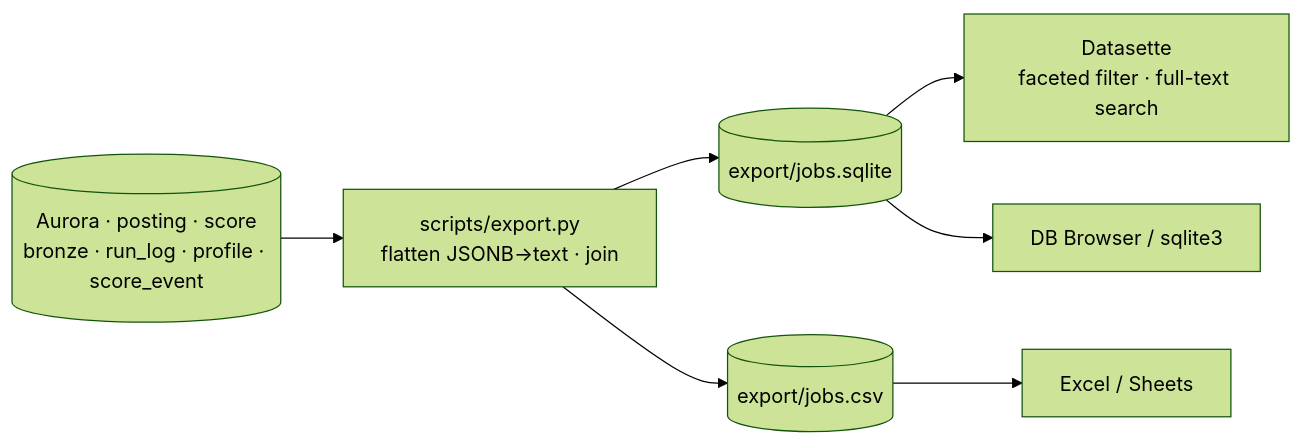
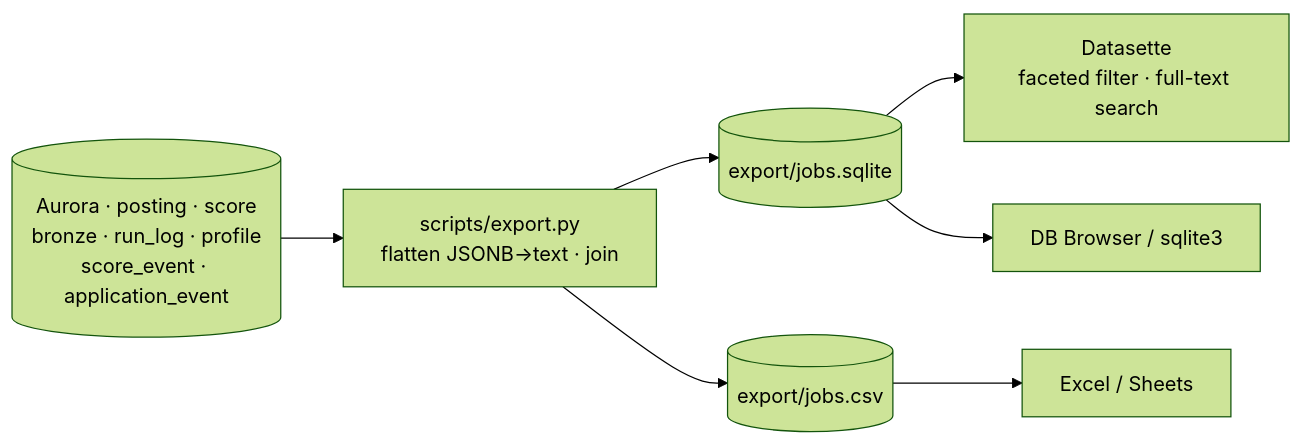
One commit to tarigelamin1997/jobfetcher changed the eighth of 8 diagrams in docs/diagrams.md. Above: the diagram before and after it, drawn with Mermaid (forest theme). The commit also changed 22 other files, not shown here.

First line of the commit message:
feat(tracking): application-outcome events + human score overrides (Squad Run 2) (#25)

````diff
--- a/docs/diagrams.md
+++ b/docs/diagrams.md
@@ -242,9 +242,9 @@
 ```mermaid
 flowchart LR
-  PG[("Aurora · posting · score<br/>bronze · run_log · profile · score_event")] --> EX["scripts/export.py<br/>flatten JSONB→text · join"]
+  PG[("Aurora · posting · score<br/>bronze · run_log · profile<br/>score_event · application_event")] --> EX["scripts/export.py<br/>flatten JSONB→text · join"]
   EX --> SQ[("export/jobs.sqlite")]
   EX --> CSV[("export/jobs.csv")]
   SQ --> DS["Datasette<br/>faceted filter · full-text search"]
   SQ --> DB2["DB Browser / sqlite3"]
   CSV --> XL["Excel / Sheets"]
 ```
````
